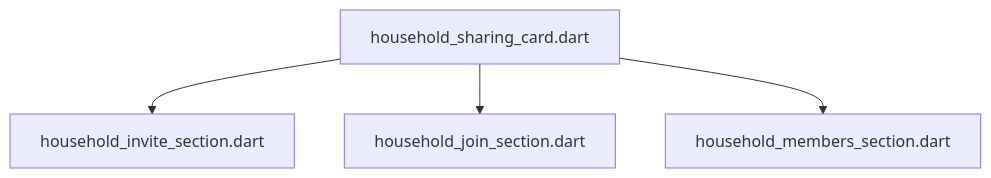
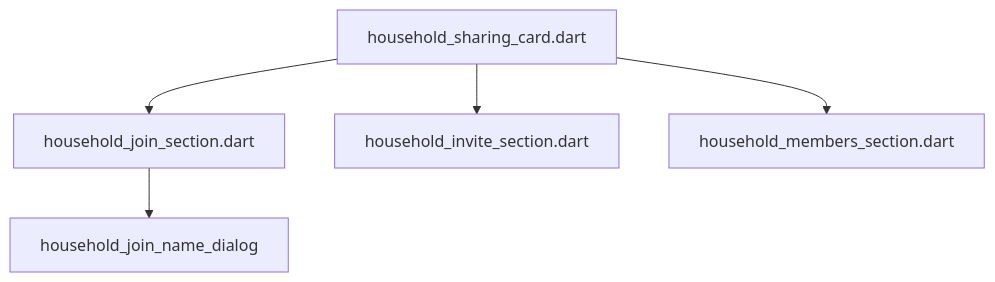
The diagram in lib/features/household/presentation/widgets/DEPS.md (repinw/yamt), drawn with Mermaid before and after one commit. The commit also changed 13 other files, not shown here.

Commit message:
feat(household): prompt for display name before joining household if missing

````diff
--- a/lib/features/household/presentation/widgets/DEPS.md
+++ b/lib/features/household/presentation/widgets/DEPS.md
@@ -6,6 +6,7 @@
 ```mermaid
 flowchart TD;
+household_join_section.dart-->household_join_name_dialog;
 household_sharing_card.dart-->household_invite_section.dart;
 household_sharing_card.dart-->household_join_section.dart;
 household_sharing_card.dart-->household_members_section.dart;
 ```
````
